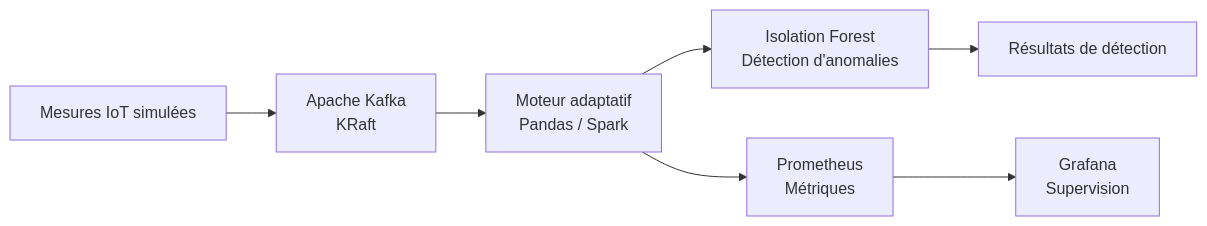
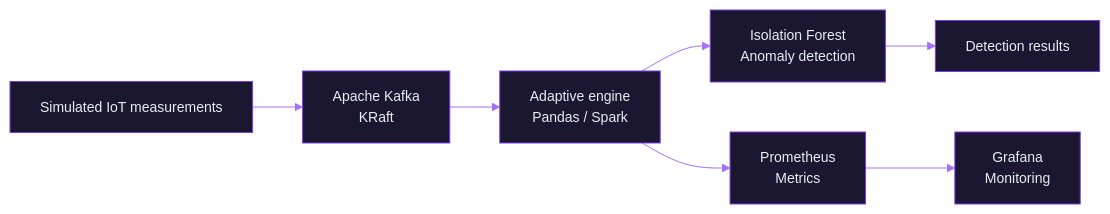
The first of 5 diagrams in README.md (Samah-boudallaa/Samah-boudallaa), drawn with Mermaid before and after one commit. The commit also changed other lines of this file, not shown here.

````diff
--- a/README.md
+++ b/README.md
@@ -193,9 +187,10 @@
 ```mermaid
+%%{init: {"theme":"base","themeVariables":{"primaryColor":"#1c1730","primaryTextColor":"#e6edf3","primaryBorderColor":"#7c3aed","lineColor":"#a371f7","secondaryColor":"#1c1730","tertiaryColor":"#0d1117","fontSize":"14px"}}}%%
 flowchart LR
-    A["Mesures IoT simulées"] --> B["Apache Kafka<br/>KRaft"]
-    B --> C["Moteur adaptatif<br/>Pandas / Spark"]
-    C --> D["Isolation Forest<br/>Détection d'anomalies"]
-    C --> E["Prometheus<br/>Métriques"]
-    E --> F["Grafana<br/>Supervision"]
-    D --> G["Résultats de détection"]
+    A["Simulated IoT measurements"] --> B["Apache Kafka<br/>KRaft"]
+    B --> C["Adaptive engine<br/>Pandas / Spark"]
+    C --> D["Isolation Forest<br/>Anomaly detection"]
+    C --> E["Prometheus<br/>Metrics"]
+    E --> F["Grafana<br/>Monitoring"]
+    D --> G["Detection results"]
 ```
````
